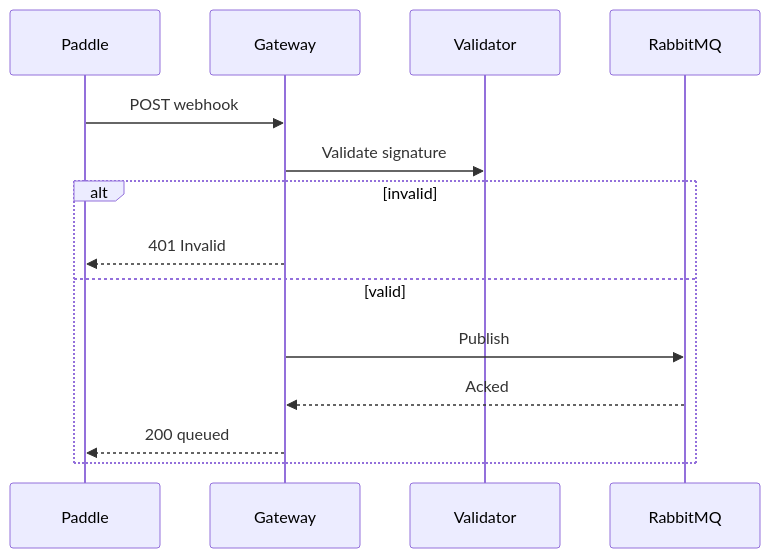
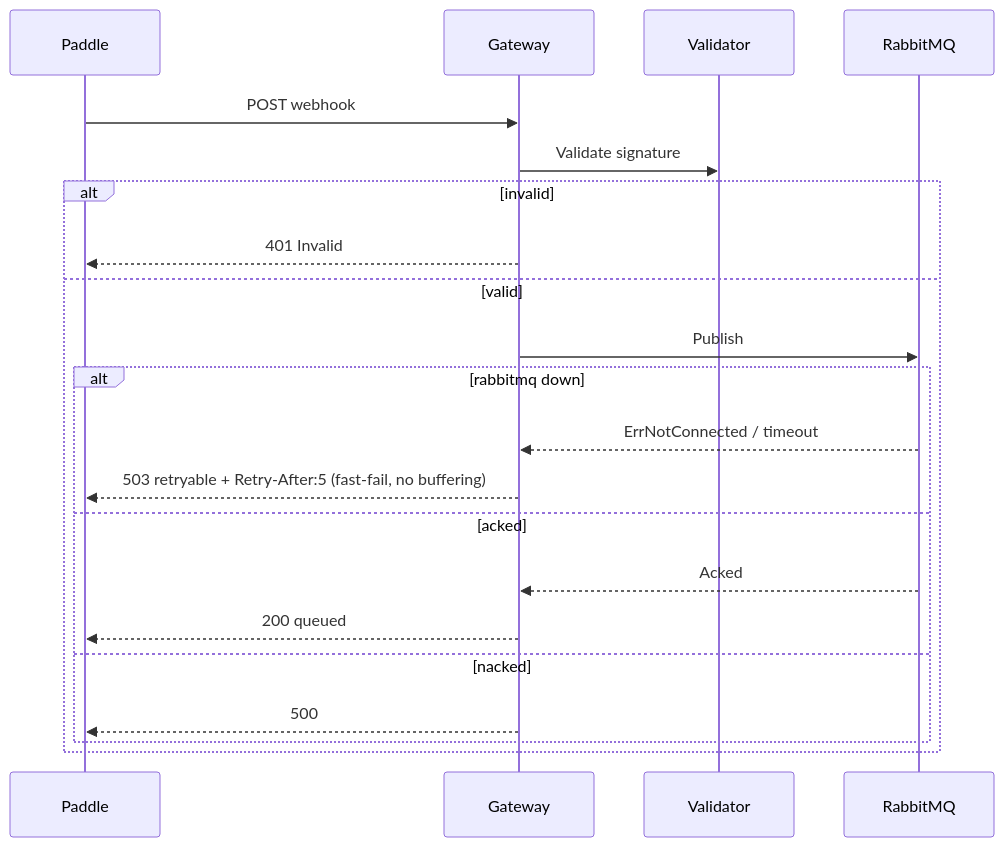
One commit to kunalPisolkar24/detectAI changed the second of 4 diagrams in services/payments/gateway/docs/01-architecture.md. Above: the diagram before and after it, drawn with Mermaid. The commit also changed 5 other files, not shown here.

First line of the commit message:
docs(gateway): describe fast-fail 503 + Retry-After for rabbitmq down

````diff
--- a/services/payments/gateway/docs/01-architecture.md
+++ b/services/payments/gateway/docs/01-architecture.md
@@ -21,16 +21,23 @@
 ```mermaid
 sequenceDiagram
     participant Paddle
     participant GW as Gateway
     participant Val as Validator
     participant RMQ as RabbitMQ
     Paddle->>GW: POST webhook
     GW->>Val: Validate signature
     alt invalid
         GW-->>Paddle: 401 Invalid
     else valid
         GW->>RMQ: Publish
-        RMQ-->>GW: Acked
-        GW-->>Paddle: 200 queued
+        alt rabbitmq down
+            RMQ-->>GW: ErrNotConnected / timeout
+            GW-->>Paddle: 503 retryable + Retry-After:5 (fast-fail, no buffering)
+        else acked
+            RMQ-->>GW: Acked
+            GW-->>Paddle: 200 queued
+        else nacked
+            GW-->>Paddle: 500
+        end
     end
 ```
````
